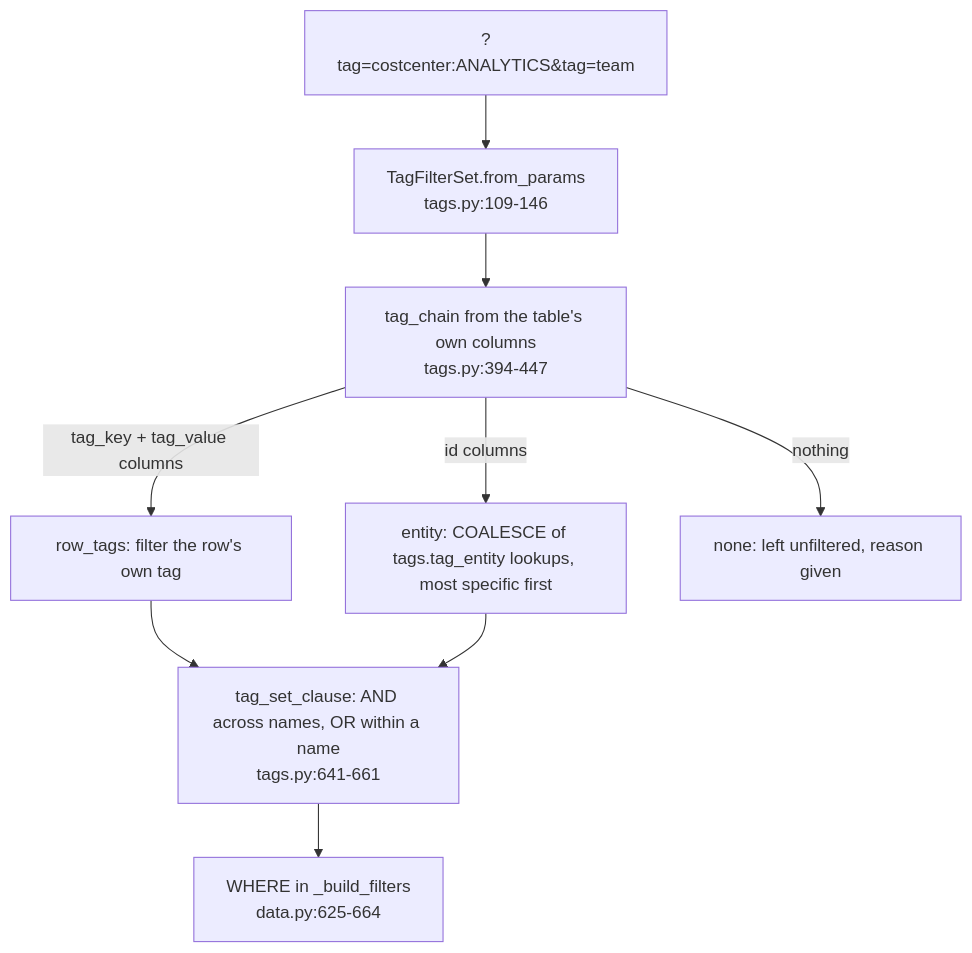
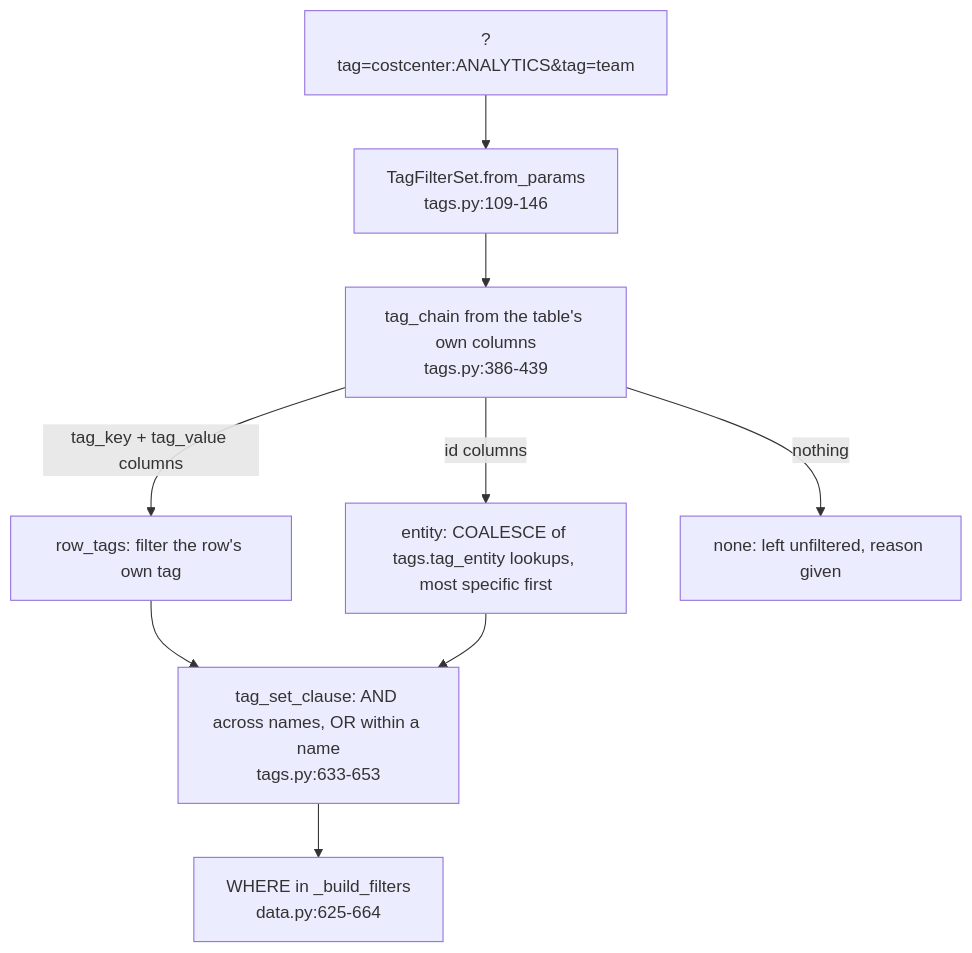
One commit to darshanmeel/snowflake-audit-app changed the first of 2 diagrams in snowflake-audit-app-knowledge-graph/logic/tags-and-cost-center.md. Above: the diagram before and after it, drawn with Mermaid. The commit also changed other lines of this file and 191 other files, not shown here.

First line of the commit message:
Fix remaining review findings; update graph and docs

````diff
--- a/snowflake-audit-app-knowledge-graph/logic/tags-and-cost-center.md
+++ b/snowflake-audit-app-knowledge-graph/logic/tags-and-cost-center.md
@@ -13,11 +13,11 @@
 ```mermaid
 flowchart TD
   Q[?tag=costcenter:ANALYTICS&tag=team] --> FS[TagFilterSet.from_params<br/>tags.py:109-146]
-  FS --> CH[tag_chain from the table's own columns<br/>tags.py:394-447]
+  FS --> CH[tag_chain from the table's own columns<br/>tags.py:386-439]
   CH -->|tag_key + tag_value columns| RT[row_tags: filter the row's own tag]
   CH -->|id columns| EN[entity: COALESCE of tags.tag_entity lookups, most specific first]
   CH -->|nothing| NA[none: left unfiltered, reason given]
-  RT --> SC[tag_set_clause: AND across names, OR within a name<br/>tags.py:641-661]
+  RT --> SC[tag_set_clause: AND across names, OR within a name<br/>tags.py:633-653]
   EN --> SC
   SC --> W[WHERE in _build_filters<br/>data.py:625-664]
 ```
````
